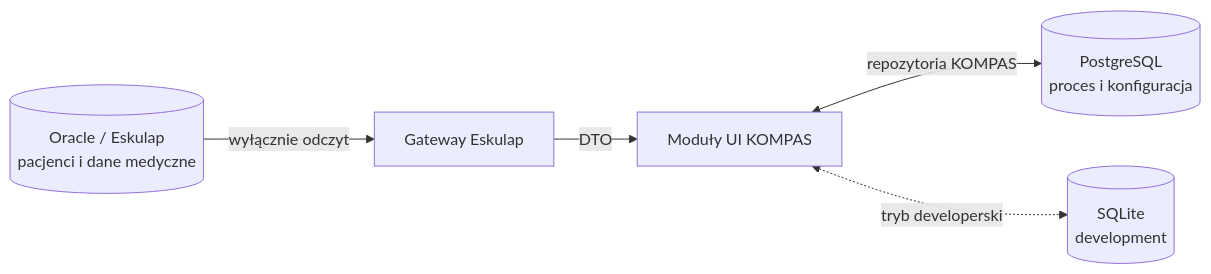
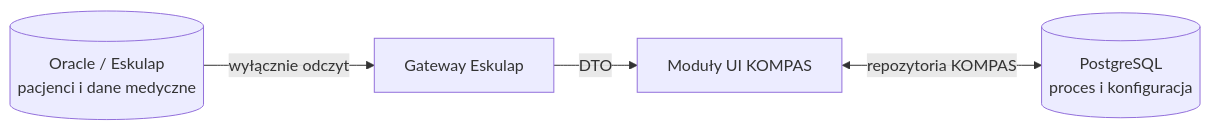
Before and after one commit to psychlodz/panel-koordynatora: the diagram in docs/ARCHITECTURE/KOMPAS_MODULE_ARCHITECTURE.md, drawn with Mermaid. The commit also changed other lines of this file and 46 other files, not shown here.

````diff
--- a/docs/ARCHITECTURE/KOMPAS_MODULE_ARCHITECTURE.md
+++ b/docs/ARCHITECTURE/KOMPAS_MODULE_ARCHITECTURE.md
@@ -120,13 +120,11 @@
 ```mermaid
 flowchart LR
     O[("Oracle / Eskulap<br/>pacjenci i dane medyczne")]
     G["Gateway Eskulap"]
     UI["Moduły UI KOMPAS"]
     P[("PostgreSQL<br/>proces i konfiguracja")]
-    S[("SQLite<br/>development")]
 
     O -->|"wyłącznie odczyt"| G
     G -->|"DTO"| UI
     UI <-->|"repozytoria KOMPAS"| P
-    UI <-.->|"tryb developerski"| S
 ```
````
